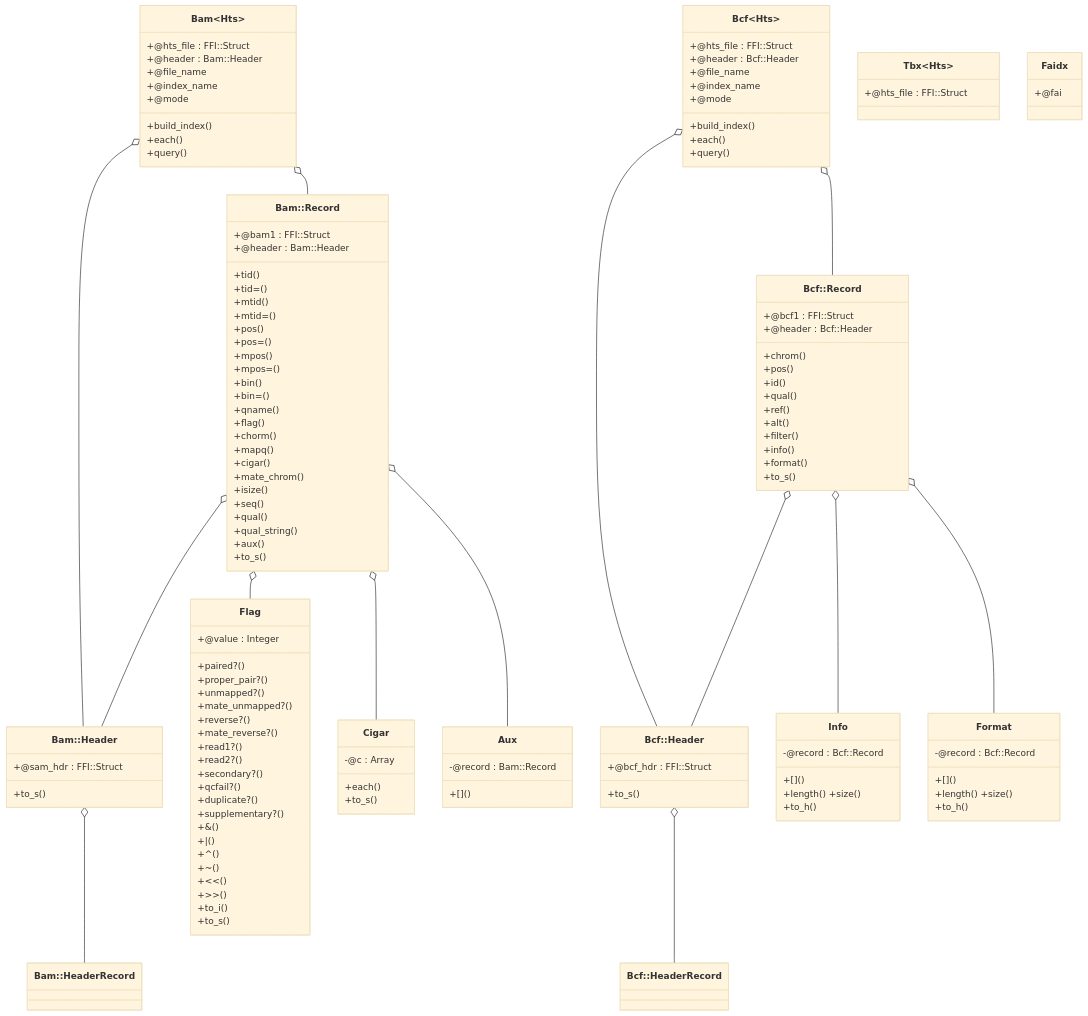
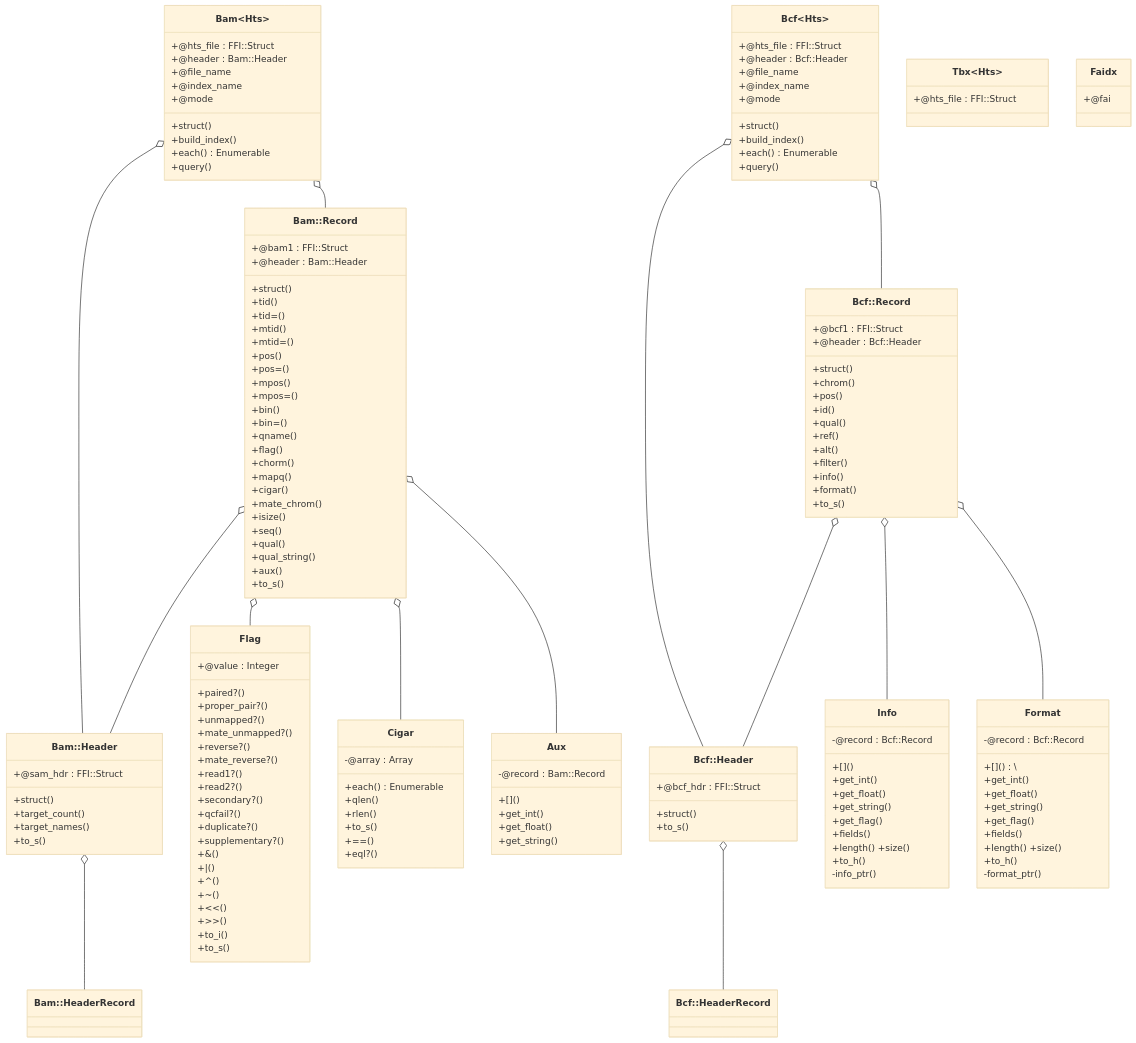
Before and after one commit to kojix2/ruby-htslib: the diagram in TUTORIAL.md, drawn with Mermaid. The commit also changed other lines of this file, not shown here.

Commit message:
Update class diagram

```diff
--- a/TUTORIAL.md
+++ b/TUTORIAL.md
@@ -22,8 +22,9 @@
   +@file_name
   +@index_name
   +@mode
+  +struct()
   +build_index()
-  +each()
+  +each() Enumerable
   +query()
 }
 class Bcf{
@@ -32,8 +33,9 @@
   +@file_name
   +@index_name
   +@mode
+  +struct()
   +build_index()
-  +each()
+  +each() Enumerable
   +query()
 }
 class Tbx~Hts~{
@@ -41,11 +43,15 @@
 }
 class `Bam::Header`{
   +@sam_hdr : FFI::Struct
+  +struct()
+  +target_count()
+  +target_names()
   +to_s()
 }
 class `Bam::Record` {
   +@bam1 : FFI::Struct
   +@header : Bam::Header
+  +struct()
   +tid()
   +tid=()
   +mtid()
@@ -72,14 +78,19 @@
 class `Aux` {
   -@record : Bam::Record
   +[]()
+  +get_int()
+  +get_float()
+  +get_string()
 }
 class `Bcf::Header`{
   +@bcf_hdr : FFI::Struct
+  +struct()
   +to_s()
 }
 class `Bcf::Record`{
   +@bcf1 : FFI::Struct
   +@header : Bcf::Header
+  +struct()
   +chrom()
   +pos()
   +id()
@@ -117,19 +128,35 @@
 class Info {
   -@record : Bcf::Record
   +[]()
+  +get_int()
+  +get_float()
+  +get_string()
+  +get_flag()
+  +fields()
   +length() +size()
   +to_h()
+  -info_ptr()
 }
 class Format {
   -@record : Bcf::Record
-  +[]()
+  +[]()\
+  +get_int()
+  +get_float()
+  +get_string()
+  +get_flag()
+  +fields()
   +length() +size()
   +to_h()
+  -format_ptr()
 }
 class Cigar {
-  -@c : Array
-  +each()
+  -@array : Array
+  +each() Enumerable
+  +qlen()
+  +rlen()
   +to_s()
+  +==()
+  +eql?()
 }
 class Faidx{
   +@fai
```
